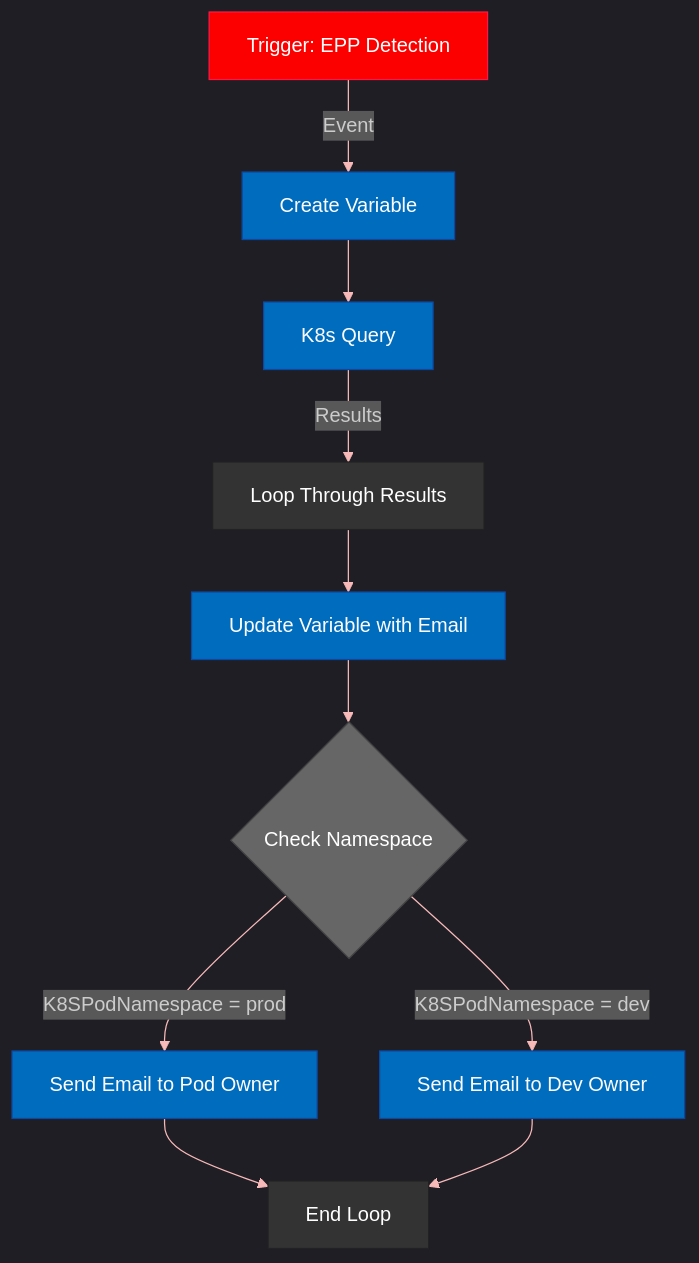
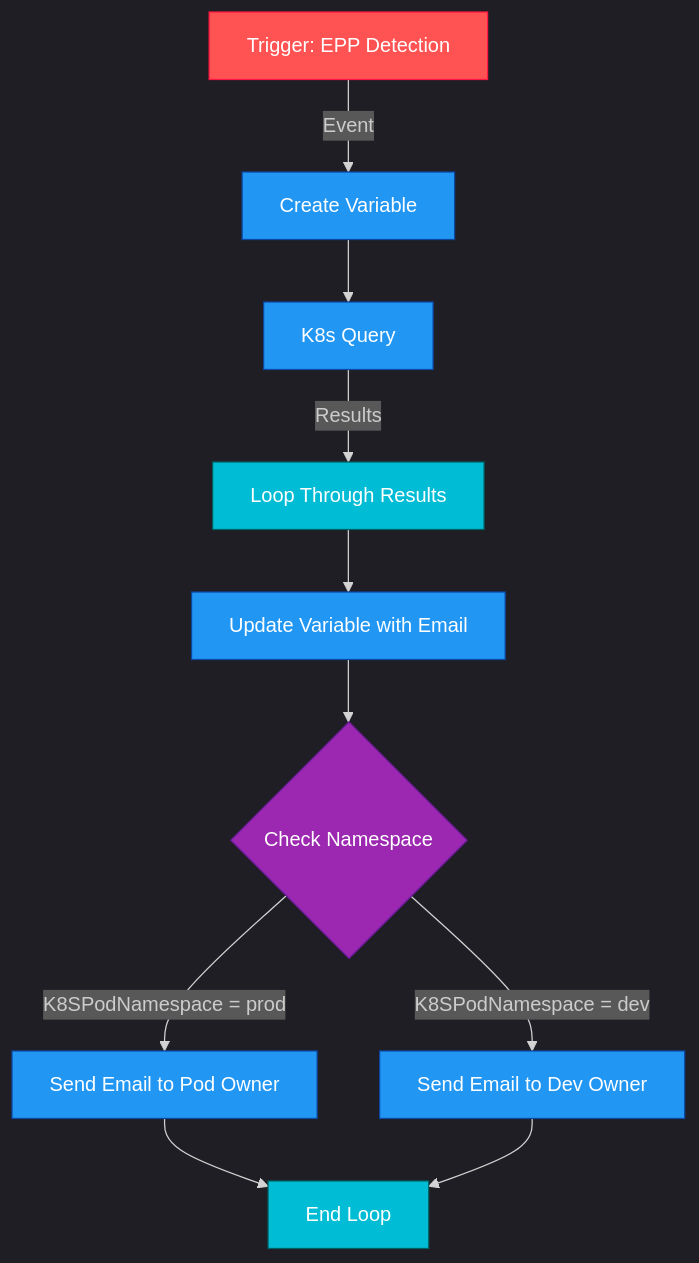
Before and after one commit to mikedzikowski/FusionExampleK8sNotification: the diagram in README.md, drawn with Mermaid. The commit also changed other lines of this file, not shown here.

````diff
--- a/README.md
+++ b/README.md
@@ -79,23 +47,23 @@
 ```mermaid
-%%{init: {'theme': 'dark', 'themeVariables': { 'primaryColor': '#FC0000', 'primaryTextColor': '#fff', 'primaryBorderColor': '#FF5252', 'lineColor': '#F8B9B9', 'secondaryColor': '#006CBE', 'tertiaryColor': '#fff' }}}%%
+%%{init: {'theme': 'dark'}}%%
 graph TD
     A[Trigger: EPP Detection] -->|Event| B[Create Variable]
     B --> C[K8s Query]
     C -->|Results| D[Loop Through Results]
     D --> E[Update Variable with Email]
     E --> F{Check Namespace}
     F -->|K8SPodNamespace = prod| G[Send Email to Pod Owner]
     F -->|K8SPodNamespace = dev| H[Send Email to Dev Owner]
     G --> I[End Loop]
     H --> I
     
-    classDef trigger fill:#FC0000,stroke:#FF1744,color:white;
-    classDef action fill:#006CBE,stroke:#0D47A1,color:white;
-    classDef condition fill:#666666,stroke:#444444,color:white;
-    classDef loop fill:#333333,stroke:#222222,color:white;
+    classDef trigger fill:#FF5252,stroke:#FF1744,color:white;
+    classDef action fill:#2196F3,stroke:#0D47A1,color:white;
+    classDef condition fill:#9C27B0,stroke:#6A1B9A,color:white;
+    classDef loop fill:#00BCD4,stroke:#006064,color:white;
     
     class A trigger;
     class B,C,E,G,H action;
     class F condition;
     class D,I loop;
 ```
````
